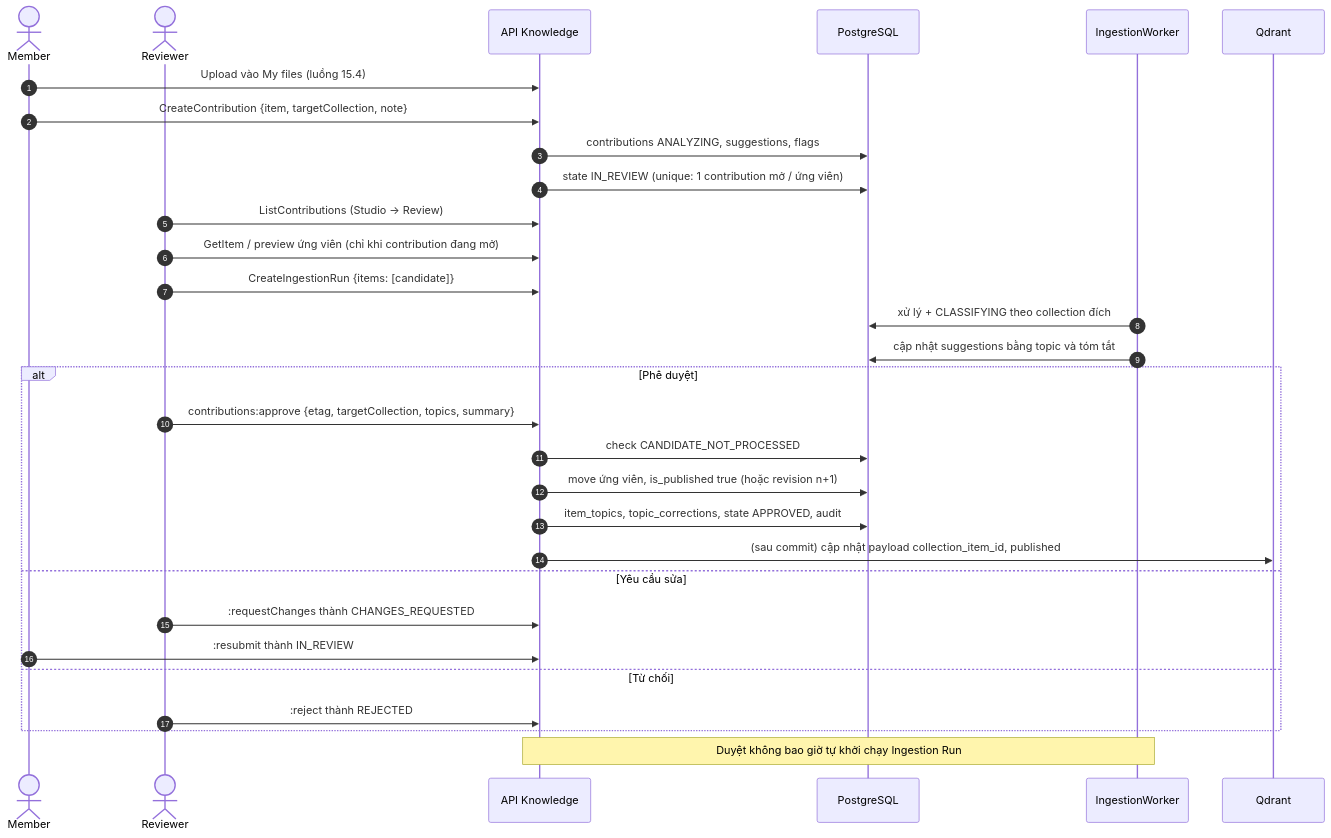
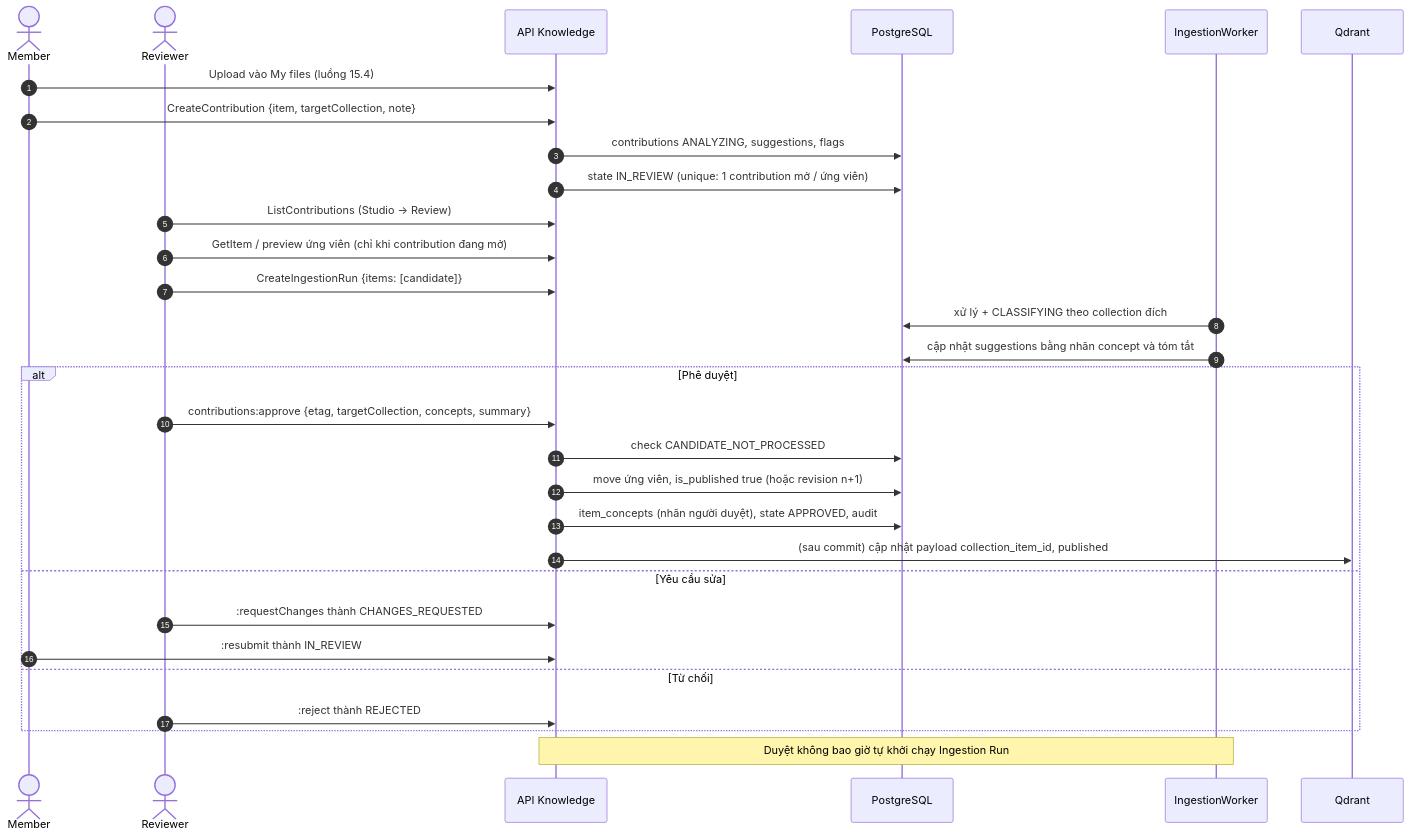
Diagram 14 of 25 in BAO_CAO_BOMESH.md (NguyenDuy1910/BoMesh), drawn with Mermaid before and after one commit. The commit also changed other lines of this file and 391 other files, not shown here.

````diff
--- a/BAO_CAO_BOMESH.md
+++ b/BAO_CAO_BOMESH.md
@@ -1060,33 +1063,33 @@
 ```mermaid
 sequenceDiagram
     autonumber
     actor M as Member
     actor R as Reviewer
     participant API as API Knowledge
     participant PG as PostgreSQL
     participant W as IngestionWorker
     participant Q as Qdrant
 
     M->>API: Upload vào My files (luồng 15.4)
     M->>API: CreateContribution {item, targetCollection, note}
     API->>PG: contributions ANALYZING, suggestions, flags
     API->>PG: state IN_REVIEW (unique: 1 contribution mở / ứng viên)
     R->>API: ListContributions (Studio → Review)
     R->>API: GetItem / preview ứng viên (chỉ khi contribution đang mở)
     R->>API: CreateIngestionRun {items: [candidate]}
     W->>PG: xử lý + CLASSIFYING theo collection đích
-    W->>PG: cập nhật suggestions bằng topic và tóm tắt
+    W->>PG: cập nhật suggestions bằng nhãn concept và tóm tắt
     alt Phê duyệt
-        R->>API: contributions:approve {etag, targetCollection, topics, summary}
+        R->>API: contributions:approve {etag, targetCollection, concepts, summary}
         API->>PG: check CANDIDATE_NOT_PROCESSED
         API->>PG: move ứng viên, is_published true (hoặc revision n+1)
-        API->>PG: item_topics, topic_corrections, state APPROVED, audit
+        API->>PG: item_concepts (nhãn người duyệt), state APPROVED, audit
         API->>Q: (sau commit) cập nhật payload collection_item_id, published
     else Yêu cầu sửa
         R->>API: :requestChanges thành CHANGES_REQUESTED
         M->>API: :resubmit thành IN_REVIEW
     else Từ chối
         R->>API: :reject thành REJECTED
     end
     Note over API,W: Duyệt không bao giờ tự khởi chạy Ingestion Run
 ```
````
